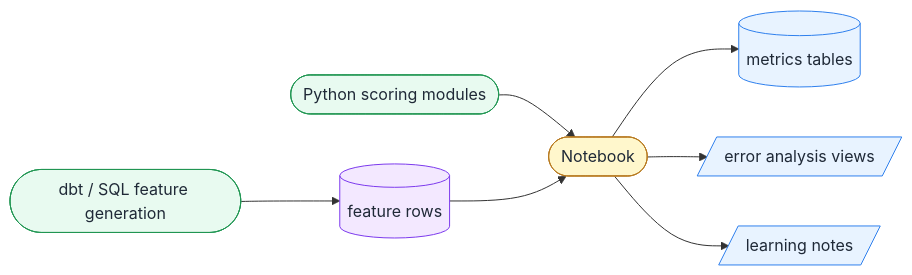
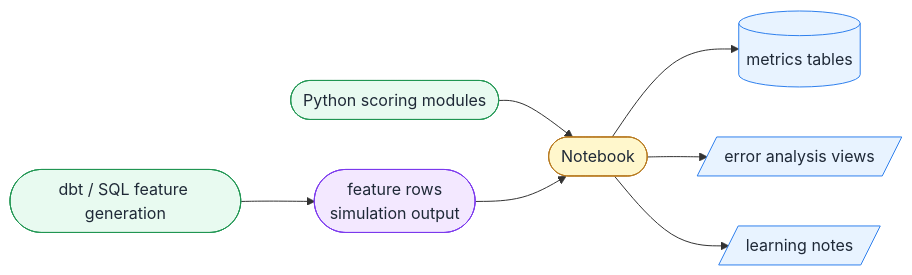
Before and after one commit to tasuku43/abuse-detection-learning: diagram 12 of 16 in docs/design/evaluation_harness_architecture_mermaid_ja.md, drawn with Mermaid. The commit also changed other lines of this file and 3 other files, not shown here.

Commit message:
docs: refine scoring architecture notes

````diff
--- a/docs/design/evaluation_harness_architecture_mermaid_ja.md
+++ b/docs/design/evaluation_harness_architecture_mermaid_ja.md
@@ -328,14 +405,14 @@
 ```mermaid
 flowchart LR
   classDef code fill:#E8FAF0,stroke:#219653,color:#1F2937
   classDef table fill:#F3E8FF,stroke:#7C3AED,color:#1F2937
   classDef notebook fill:#FFF7CC,stroke:#B7791F,color:#1F2937
   classDef output fill:#E8F3FF,stroke:#2F80ED,color:#1F2937
 
-  DBT([dbt / SQL feature generation]):::code --> FR[(feature rows)]:::table
+  DBT([dbt / SQL feature generation]):::code --> FR([feature rows<br/>simulation output]):::table
   PY([Python scoring modules]):::code --> NB([Notebook]):::notebook
   FR --> NB
   NB --> MET[(metrics tables)]:::output
   NB --> ERR[/error analysis views/]:::output
   NB --> MEMO[/learning notes/]:::output
 ```
````
